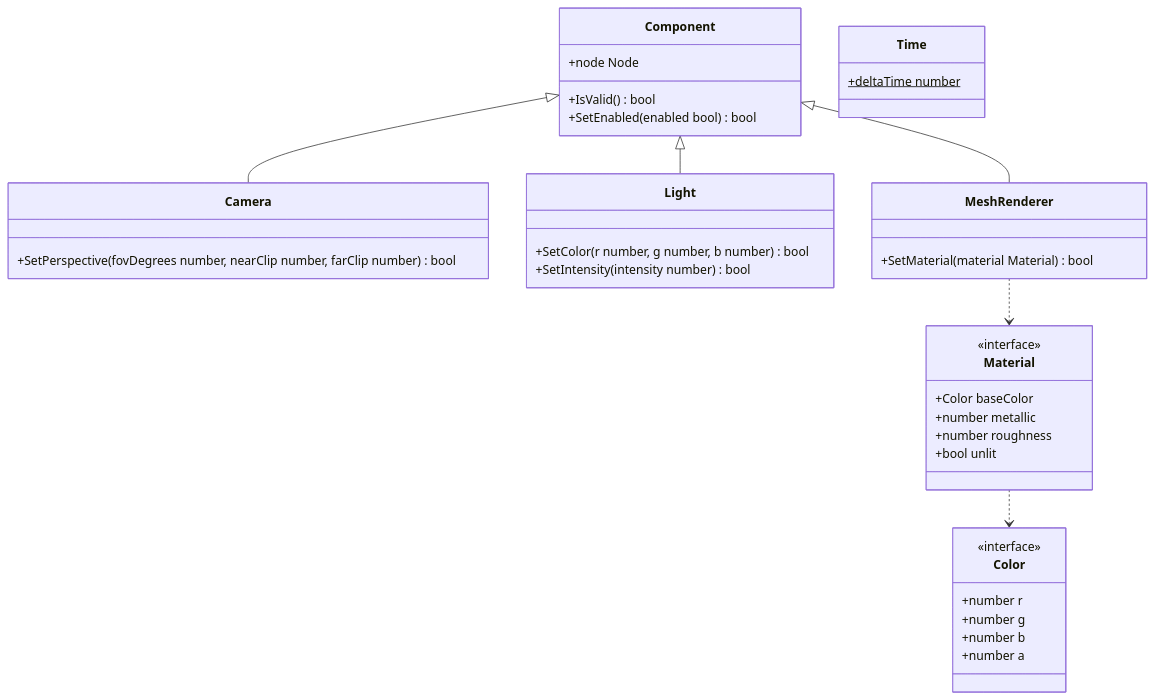
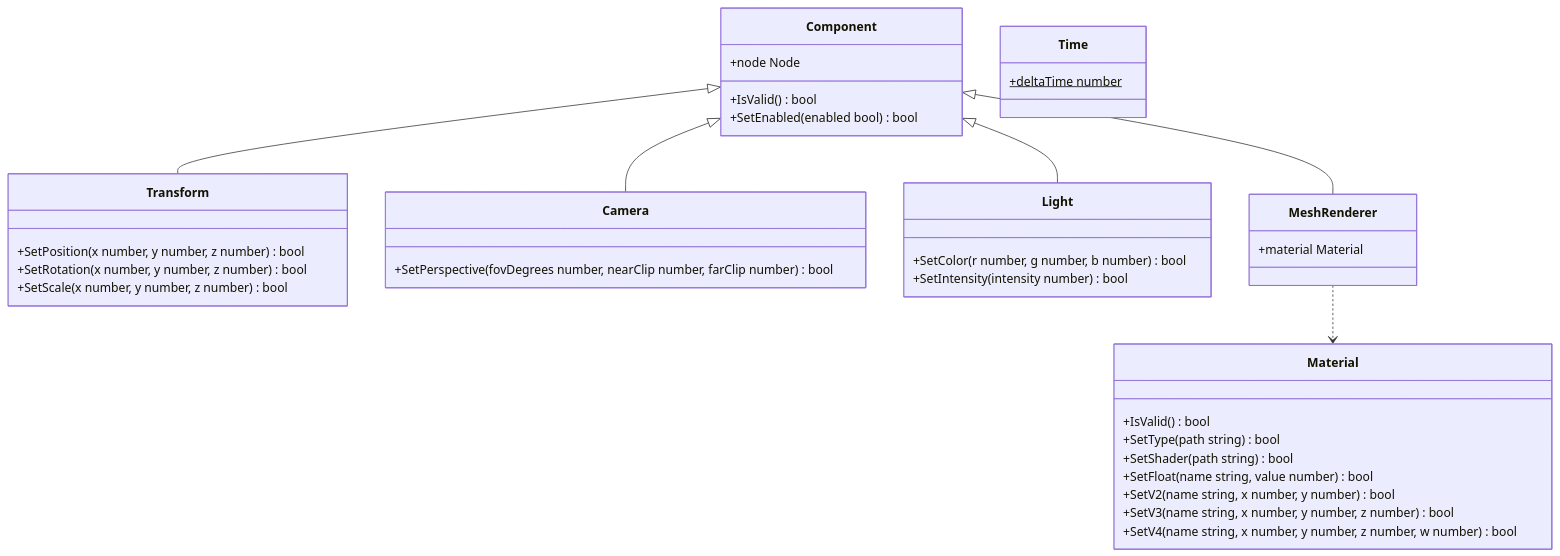
Before and after one commit to lcals/Engine: the third of 3 diagrams in docs/runtime/class-diagrams/gameplay.md, drawn with Mermaid. The commit also changed other lines of this file and 93 other files, not shown here.

````diff
--- a/docs/runtime/class-diagrams/gameplay.md
+++ b/docs/runtime/class-diagrams/gameplay.md
@@ -79,41 +74,41 @@
 ```mermaid
 classDiagram
     direction TB
     class Component {
         +node Node
         +IsValid() bool
         +SetEnabled(enabled bool) bool
+    }
+    class Transform {
+        +SetPosition(x number, y number, z number) bool
+        +SetRotation(x number, y number, z number) bool
+        +SetScale(x number, y number, z number) bool
     }
     class Camera {
         +SetPerspective(fovDegrees number, nearClip number, farClip number) bool
     }
     class Light {
         +SetColor(r number, g number, b number) bool
         +SetIntensity(intensity number) bool
     }
     class MeshRenderer {
-        +SetMaterial(material Material) bool
+        +material Material
     }
     class Material {
-        <<interface>>
-        +Color baseColor
-        +number metallic
-        +number roughness
-        +bool unlit
-    }
-    class Color {
-        <<interface>>
-        +number r
-        +number g
-        +number b
-        +number a
+        +IsValid() bool
+        +SetType(path string) bool
+        +SetShader(path string) bool
+        +SetFloat(name string, value number) bool
+        +SetV2(name string, x number, y number) bool
+        +SetV3(name string, x number, y number, z number) bool
+        +SetV4(name string, x number, y number, z number, w number) bool
     }
     class Time {
         +deltaTime number$
     }
+    Component <|-- Transform
     Component <|-- Camera
     Component <|-- Light
     Component <|-- MeshRenderer
     MeshRenderer ..> Material
-    Material ..> Color
 ```
````
